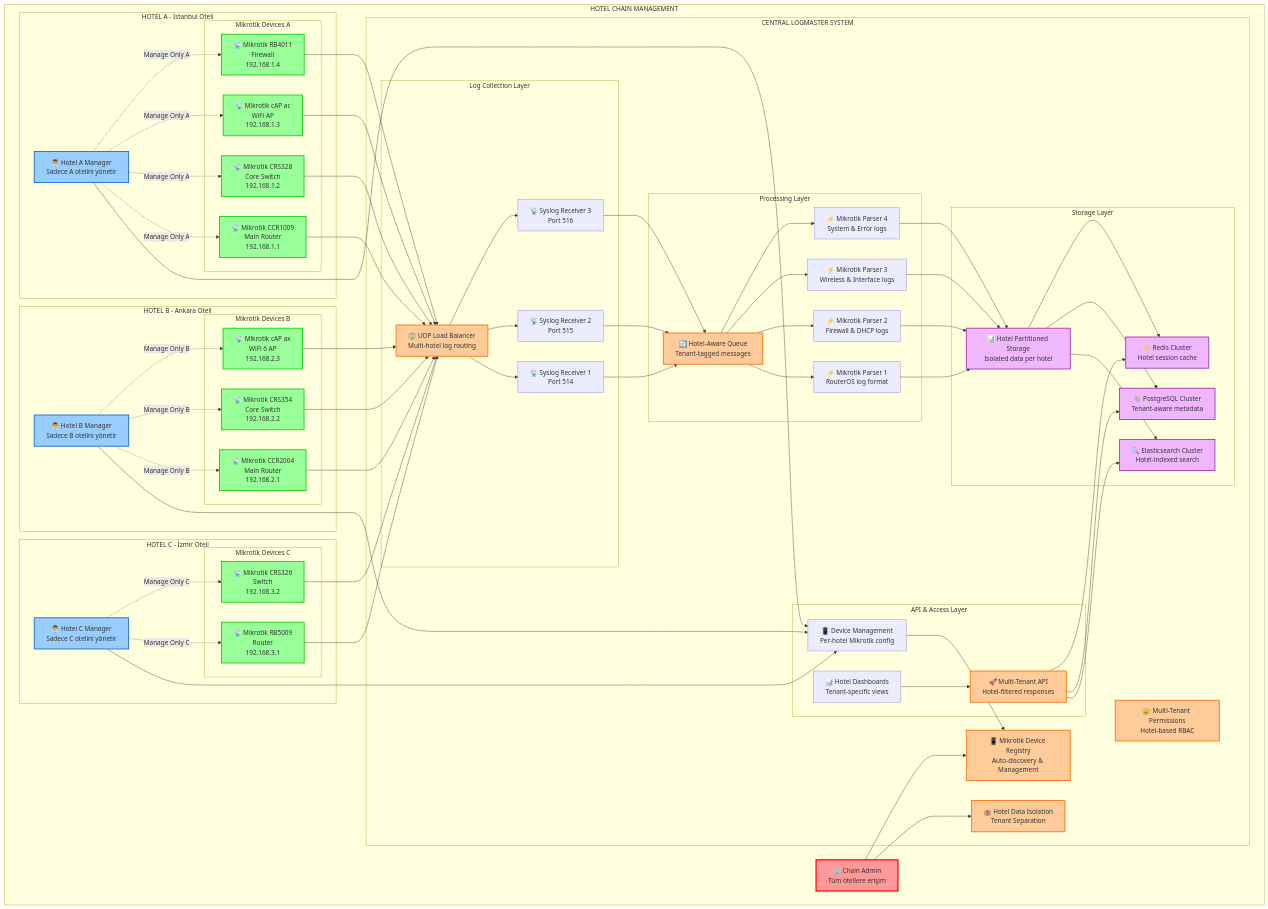
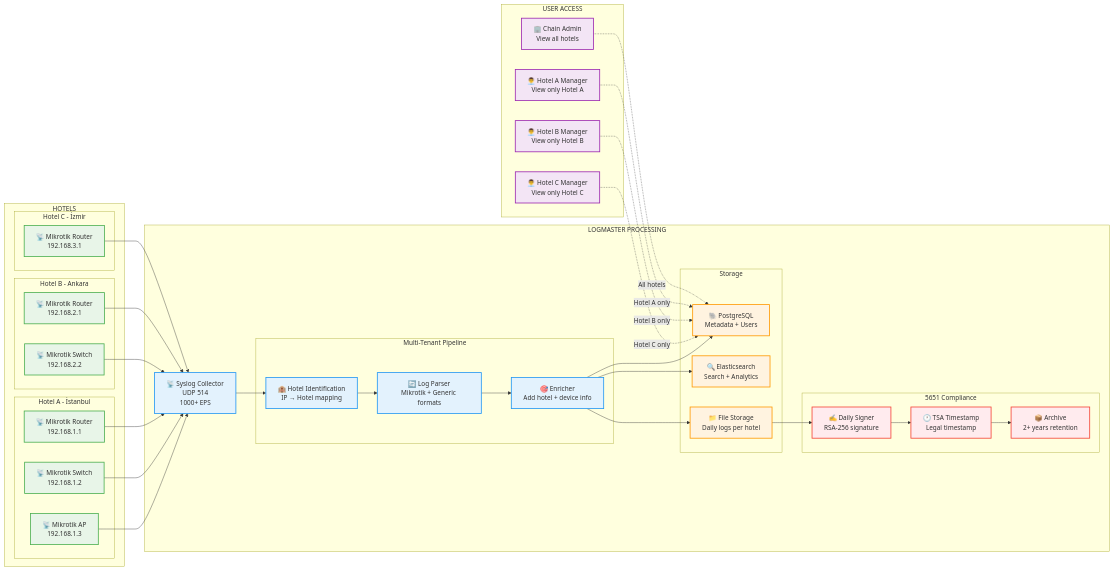
The first of 4 diagrams in docs/architecture/data-flow.md (ozkanguner/logmaster), drawn with Mermaid before and after one commit. The commit also changed other lines of this file and 3 other files, not shown here.

Commit message:
🔄 COMPLETE ARCHITECTURE REWRITE: Clean Multi-Tenant Design

````diff
--- a/docs/architecture/data-flow.md
+++ b/docs/architecture/data-flow.md
@@ -11,149 +11,89 @@
 ```mermaid
-graph TB
-    subgraph "HOTEL CHAIN MANAGEMENT"
-        CHAIN_ADMIN["🏢 Chain Admin<br/>Tüm otellere erişim"]
-        
-        subgraph "HOTEL A - İstanbul Oteli"
-            HOTEL_A_MGR["👨‍💼 Hotel A Manager<br/>Sadece A otelini yönetir"]
-            
-            subgraph "Mikrotik Devices A"
-                MIKROTIK_A1["📡 Mikrotik CCR1009<br/>Main Router<br/>192.168.1.1"]
-                MIKROTIK_A2["📡 Mikrotik CRS328<br/>Core Switch<br/>192.168.1.2"]
-                MIKROTIK_A3["📡 Mikrotik cAP ac<br/>WiFi AP<br/>192.168.1.3"]
-                MIKROTIK_A4["📡 Mikrotik RB4011<br/>Firewall<br/>192.168.1.4"]
-            end
+graph LR
+    subgraph "HOTELS"
+        subgraph "Hotel A - İstanbul"
+            A_ROUTER["📡 Mikrotik Router<br/>192.168.1.1"]
+            A_SWITCH["📡 Mikrotik Switch<br/>192.168.1.2"]
+            A_AP["📡 Mikrotik AP<br/>192.168.1.3"]
         end
         
-        subgraph "HOTEL B - Ankara Oteli"
-            HOTEL_B_MGR["👨‍💼 Hotel B Manager<br/>Sadece B otelini yönetir"]
-            
-            subgraph "Mikrotik Devices B"
-                MIKROTIK_B1["📡 Mikrotik CCR2004<br/>Main Router<br/>192.168.2.1"]
-                MIKROTIK_B2["📡 Mikrotik CRS354<br/>Core Switch<br/>192.168.2.2"]
-                MIKROTIK_B3["📡 Mikrotik cAP ax<br/>WiFi 6 AP<br/>192.168.2.3"]
-            end
+        subgraph "Hotel B - Ankara"
+            B_ROUTER["📡 Mikrotik Router<br/>192.168.2.1"]
+            B_SWITCH["📡 Mikrotik Switch<br/>192.168.2.2"]
         end
         
-        subgraph "HOTEL C - İzmir Oteli"
-            HOTEL_C_MGR["👨‍💼 Hotel C Manager<br/>Sadece C otelini yönetir"]
-            
-            subgraph "Mikrotik Devices C"
-                MIKROTIK_C1["📡 Mikrotik RB5009<br/>Router<br/>192.168.3.1"]
-                MIKROTIK_C2["📡 Mikrotik CRS326<br/>Switch<br/>192.168.3.2"]
-            end
-        end
-        
-        subgraph "CENTRAL LOGMASTER SYSTEM"
-            HOTEL_ISOLATION["🏨 Hotel Data Isolation<br/>Tenant Separation"]
-            DEVICE_REGISTRY["📱 Mikrotik Device Registry<br/>Auto-discovery & Management"]
-            PERMISSION_ENGINE["🔐 Multi-Tenant Permissions<br/>Hotel-based RBAC"]
-            
-            subgraph "Log Collection Layer"
-                UDP_LB["⚖️ UDP Load Balancer<br/>Multi-hotel log routing"]
-                SYSLOG_1["📡 Syslog Receiver 1<br/>Port 514"]
-                SYSLOG_2["📡 Syslog Receiver 2<br/>Port 515"] 
-                SYSLOG_3["📡 Syslog Receiver 3<br/>Port 516"]
-            end
-            
-            subgraph "Processing Layer"
-                HOTEL_QUEUE["🔄 Hotel-Aware Queue<br/>Tenant-tagged messages"]
-                MT_PARSER_1["⚡ Mikrotik Parser 1<br/>RouterOS log format"]
-                MT_PARSER_2["⚡ Mikrotik Parser 2<br/>Firewall & DHCP logs"]
-                MT_PARSER_3["⚡ Mikrotik Parser 3<br/>Wireless & Interface logs"]
-                MT_PARSER_4["⚡ Mikrotik Parser 4<br/>System & Error logs"]
-            end
-            
-            subgraph "Storage Layer"
-                HOTEL_PARTITIONS["📊 Hotel Partitioned Storage<br/>Isolated data per hotel"]
-                ES_CLUSTER["🔍 Elasticsearch Cluster<br/>Hotel-indexed search"]
-                PG_CLUSTER["🐘 PostgreSQL Cluster<br/>Tenant-aware metadata"]
-                REDIS_CACHE["⚡ Redis Cluster<br/>Hotel session cache"]
-            end
-            
-            subgraph "API & Access Layer"
-                TENANT_API["🚀 Multi-Tenant API<br/>Hotel-filtered responses"]
-                HOTEL_DASHBOARDS["📊 Hotel Dashboards<br/>Tenant-specific views"]
-                DEVICE_MGMT["📱 Device Management<br/>Per-hotel Mikrotik config"]
-            end
+        subgraph "Hotel C - İzmir"
+            C_ROUTER["📡 Mikrotik Router<br/>192.168.3.1"]
         end
     end
     
-    %% Hotel Admin Access
-    CHAIN_ADMIN --> HOTEL_ISOLATION
-    CHAIN_ADMIN --> DEVICE_REGISTRY
+    subgraph "LOGMASTER PROCESSING"
+        COLLECTOR["📡 Syslog Collector<br/>UDP 514<br/>1000+ EPS"]
+        
+        subgraph "Multi-Tenant Pipeline"
+            HOTEL_ID["🏨 Hotel Identification<br/>IP → Hotel mapping"]
+            PARSER["🔄 Log Parser<br/>Mikrotik + Generic formats"]
+            ENRICHER["🎯 Enricher<br/>Add hotel + device info"]
+        end
+        
+        subgraph "Storage"
+            PG["🐘 PostgreSQL<br/>Metadata + Users"]
+            ES["🔍 Elasticsearch<br/>Search + Analytics"]
+            FILES["📁 File Storage<br/>Daily logs per hotel"]
+        end
+        
+        subgraph "5651 Compliance"
+            SIGNER["✍️ Daily Signer<br/>RSA-256 signature"]
+            TSA["🕐 TSA Timestamp<br/>Legal timestamp"]
+            ARCHIVE["📦 Archive<br/>2+ years retention"]
+        end
+    end
     
-    %% Hotel Manager Access (Isolated)
-    HOTEL_A_MGR --> DEVICE_MGMT
-    HOTEL_B_MGR --> DEVICE_MGMT
-    HOTEL_C_MGR --> DEVICE_MGMT
+    subgraph "USER ACCESS"
+        CHAIN_ADMIN["🏢 Chain Admin<br/>View all hotels"]
+        HOTEL_MGR_A["👨‍💼 Hotel A Manager<br/>View only Hotel A"]
+        HOTEL_MGR_B["👨‍💼 Hotel B Manager<br/>View only Hotel B"]
+        HOTEL_MGR_C["👨‍💼 Hotel C Manager<br/>View only Hotel C"]
+    end
     
-    %% Device Management Connections
-    HOTEL_A_MGR -.->|"Manage Only A"| MIKROTIK_A1
-    HOTEL_A_MGR -.->|"Manage Only A"| MIKROTIK_A2
-    HOTEL_A_MGR -.->|"Manage Only A"| MIKROTIK_A3
-    HOTEL_A_MGR -.->|"Manage Only A"| MIKROTIK_A4
+    %% Device to Collector
+    A_ROUTER --> COLLECTOR
+    A_SWITCH --> COLLECTOR
+    A_AP --> COLLECTOR
+    B_ROUTER --> COLLECTOR
+    B_SWITCH --> COLLECTOR
+    C_ROUTER --> COLLECTOR
     
-    HOTEL_B_MGR -.->|"Manage Only B"| MIKROTIK_B1
-    HOTEL_B_MGR -.->|"Manage Only B"| MIKROTIK_B2
-    HOTEL_B_MGR -.->|"Manage Only B"| MIKROTIK_B3
+    %% Processing Pipeline
+    COLLECTOR --> HOTEL_ID
+    HOTEL_ID --> PARSER
+    PARSER --> ENRICHER
     
-    HOTEL_C_MGR -.->|"Manage Only C"| MIKROTIK_C1
-    HOTEL_C_MGR -.->|"Manage Only C"| MIKROTIK_C2
+    %% Storage Distribution
+    ENRICHER --> PG
+    ENRICHER --> ES
+    ENRICHER --> FILES
     
-    %% Log Flow from Devices
-    MIKROTIK_A1 --> UDP_LB
-    MIKROTIK_A2 --> UDP_LB
-    MIKROTIK_A3 --> UDP_LB
-    MIKROTIK_A4 --> UDP_LB
-    MIKROTIK_B1 --> UDP_LB
-    MIKROTIK_B2 --> UDP_LB
-    MIKROTIK_B3 --> UDP_LB
-    MIKROTIK_C1 --> UDP_LB
-    MIKROTIK_C2 --> UDP_LB
+    %% Compliance Process
+    FILES --> SIGNER
+    SIGNER --> TSA
+    TSA --> ARCHIVE
     
-    %% Load Balancer Distribution
-    UDP_LB --> SYSLOG_1
-    UDP_LB --> SYSLOG_2
-    UDP_LB --> SYSLOG_3
+    %% User Access (Tenant Isolated)
+    CHAIN_ADMIN -.->|"All hotels"| PG
+    HOTEL_MGR_A -.->|"Hotel A only"| PG
+    HOTEL_MGR_B -.->|"Hotel B only"| PG
+    HOTEL_MGR_C -.->|"Hotel C only"| PG
     
-    %% Collection to Queue
-    SYSLOG_1 --> HOTEL_QUEUE
-    SYSLOG_2 --> HOTEL_QUEUE
-    SYSLOG_3 --> HOTEL_QUEUE
+    classDef device fill:#e8f5e8,stroke:#4caf50,stroke-width:2px
+    classDef processing fill:#e3f2fd,stroke:#2196f3,stroke-width:2px
+    classDef storage fill:#fff3e0,stroke:#ff9800,stroke-width:2px
+    classDef compliance fill:#ffebee,stroke:#f44336,stroke-width:2px
+    classDef user fill:#f3e5f5,stroke:#9c27b0,stroke-width:2px
     
-    %% Queue to Processing
-    HOTEL_QUEUE --> MT_PARSER_1
-    HOTEL_QUEUE --> MT_PARSER_2
-    HOTEL_QUEUE --> MT_PARSER_3
-    HOTEL_QUEUE --> MT_PARSER_4
-    
-    %% Processing to Storage
-    MT_PARSER_1 --> HOTEL_PARTITIONS
-    MT_PARSER_2 --> HOTEL_PARTITIONS
-    MT_PARSER_3 --> HOTEL_PARTITIONS
-    MT_PARSER_4 --> HOTEL_PARTITIONS
-    
-    HOTEL_PARTITIONS --> ES_CLUSTER
-    HOTEL_PARTITIONS --> PG_CLUSTER
-    HOTEL_PARTITIONS --> REDIS_CACHE
-    
-    %% API Access
-    TENANT_API --> ES_CLUSTER
-    TENANT_API --> PG_CLUSTER
-    TENANT_API --> REDIS_CACHE
-    
-    HOTEL_DASHBOARDS --> TENANT_API
-    DEVICE_MGMT --> DEVICE_REGISTRY
-    
-    classDef chainAdmin fill:#ff9999,stroke:#ff0000,stroke-width:3px
-    classDef hotelManager fill:#99ccff,stroke:#0066cc,stroke-width:2px
-    classDef mikrotikDevice fill:#99ff99,stroke:#00cc00,stroke-width:2px
-    classDef systemCore fill:#ffcc99,stroke:#ff6600,stroke-width:2px
-    classDef storage fill:#f0b7ff,stroke:#9c27b0,stroke-width:2px
-    
-    class CHAIN_ADMIN chainAdmin
-    class HOTEL_A_MGR,HOTEL_B_MGR,HOTEL_C_MGR hotelManager
-    class MIKROTIK_A1,MIKROTIK_A2,MIKROTIK_A3,MIKROTIK_A4,MIKROTIK_B1,MIKROTIK_B2,MIKROTIK_B3,MIKROTIK_C1,MIKROTIK_C2 mikrotikDevice
-    class HOTEL_ISOLATION,DEVICE_REGISTRY,PERMISSION_ENGINE,UDP_LB,HOTEL_QUEUE,TENANT_API systemCore
-    class HOTEL_PARTITIONS,ES_CLUSTER,PG_CLUSTER,REDIS_CACHE storage
+    class A_ROUTER,A_SWITCH,A_AP,B_ROUTER,B_SWITCH,C_ROUTER device
+    class COLLECTOR,HOTEL_ID,PARSER,ENRICHER processing
+    class PG,ES,FILES storage
+    class SIGNER,TSA,ARCHIVE compliance
+    class CHAIN_ADMIN,HOTEL_MGR_A,HOTEL_MGR_B,HOTEL_MGR_C user
 ```
````
